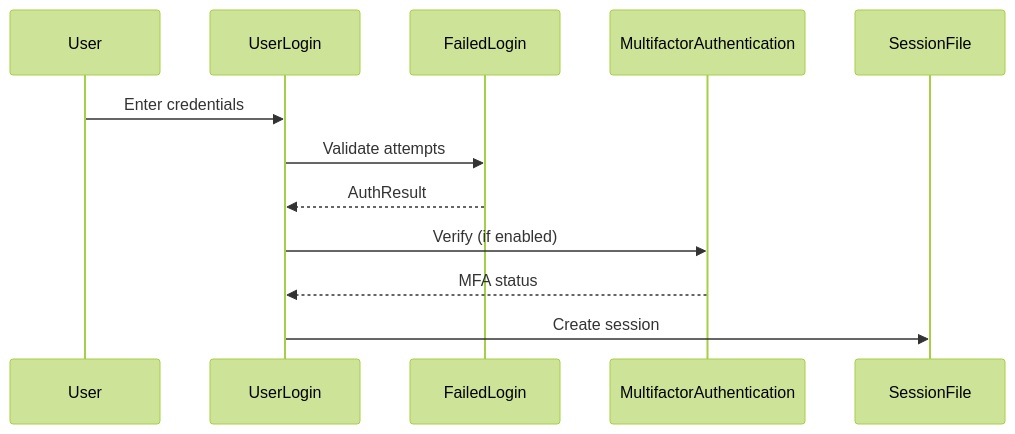
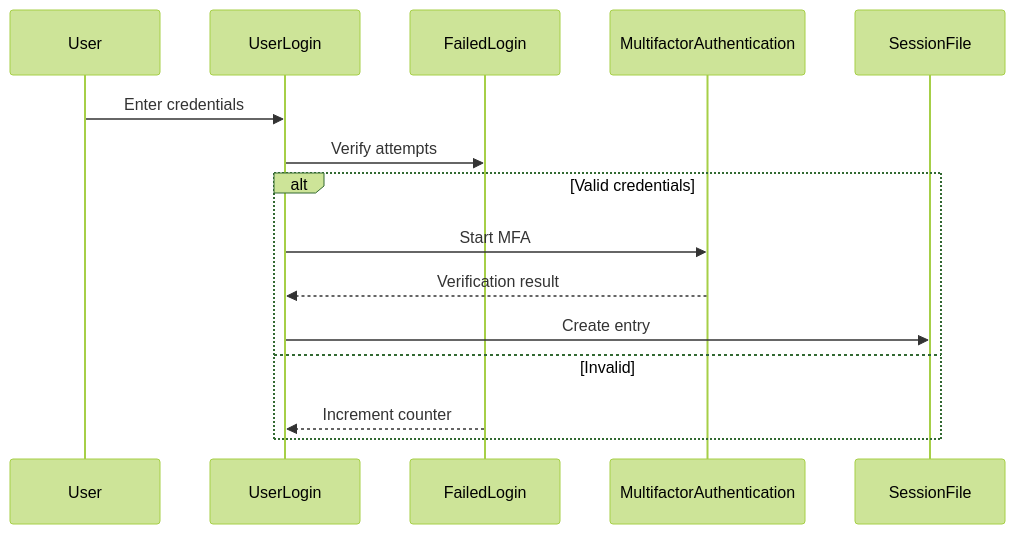
Before and after one commit to kelsierfin/BasicGamingPlatform: the diagram in src documentation/authentication/Authentication_system_design.md, drawn with Mermaid (forest theme). The commit also changed other lines of this file, not shown here.

````diff
--- a/src documentation/authentication/Authentication_system_design.md
+++ b/src documentation/authentication/Authentication_system_design.md
@@ -102,9 +75,12 @@
 ```mermaid
 sequenceDiagram
     User->>UserLogin: Enter credentials
-    UserLogin->>FailedLogin: Validate attempts
-    FailedLogin-->>UserLogin: AuthResult
-    UserLogin->>MultifactorAuthentication: Verify (if enabled)
-    MultifactorAuthentication-->>UserLogin: MFA status
-    UserLogin->>SessionFile: Create session
+    UserLogin->>FailedLogin: Verify attempts
+    alt Valid credentials
+        UserLogin->>MultifactorAuthentication: Start MFA
+        MultifactorAuthentication-->>UserLogin: Verification result
+        UserLogin->>SessionFile: Create entry
+    else Invalid
+        FailedLogin-->>UserLogin: Increment counter
+    end
 ```
````
